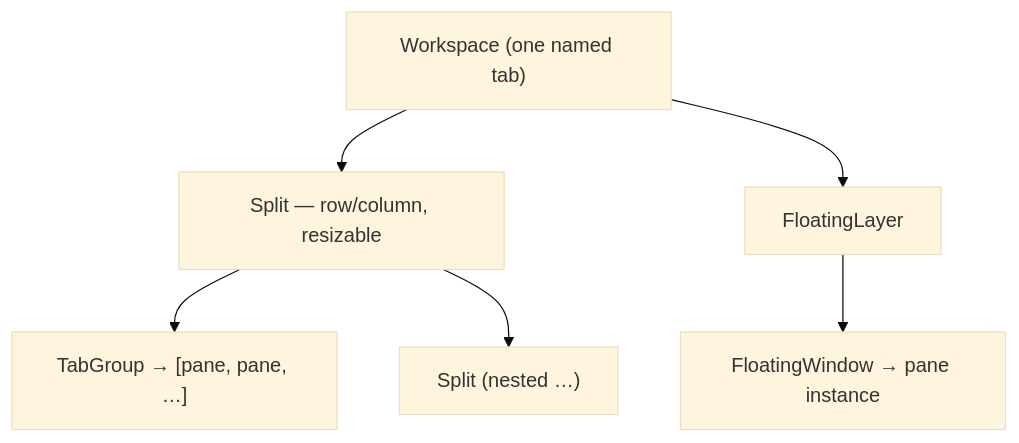
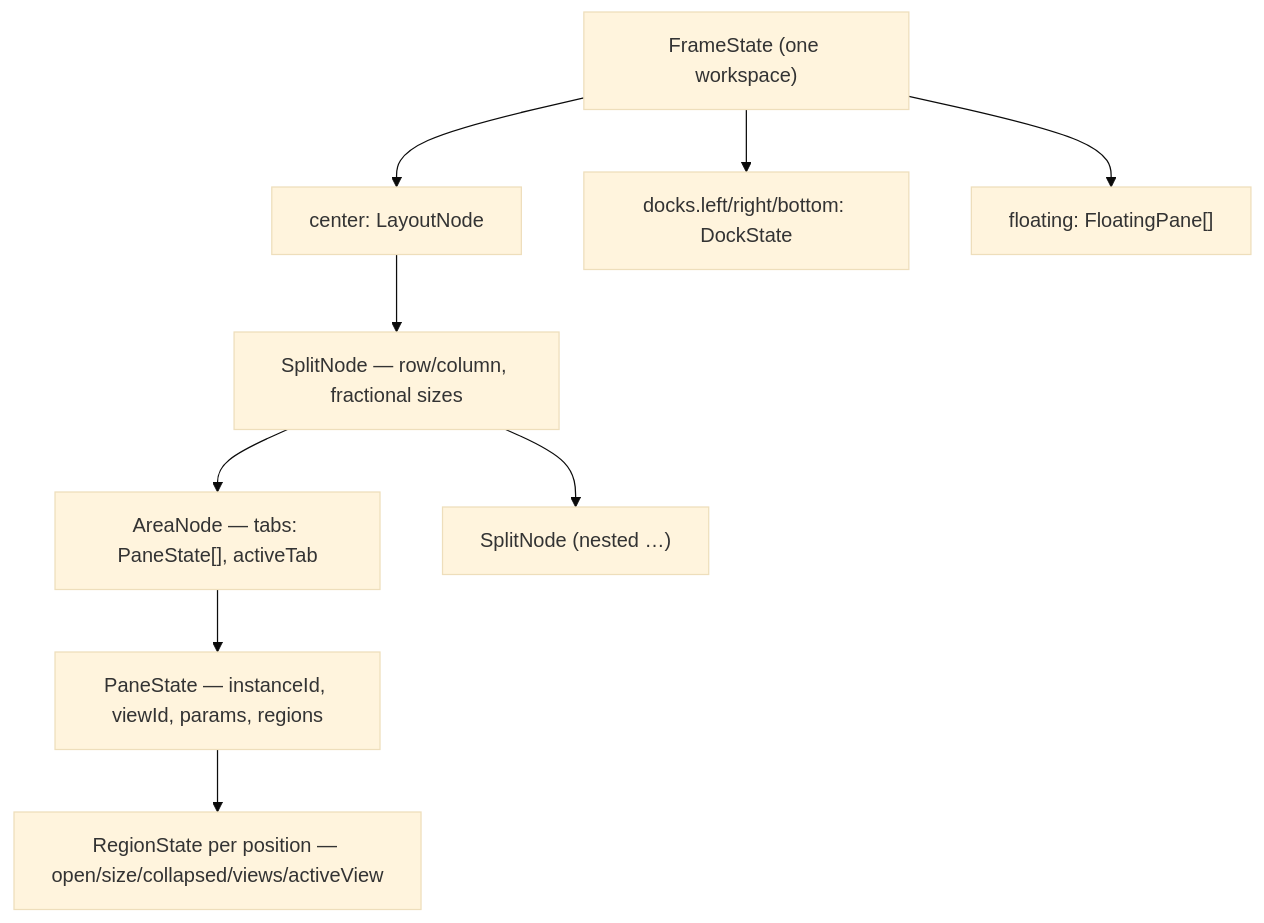
The diagram in docs/architecture/windowing.mdx (ConstCorrectness/horrible-dashboard), drawn with Mermaid (base theme) before and after one commit. The commit also changed other lines of this file and 107 other files, not shown here.

Commit message:
REWRITE of layout: - Custom Windowing Engine (Frame) - Zones/Roles (document, tool, widget) - vim/i3 keyboard splits/joins and mouse drag splits/joins - Agent/REPL (get_layout, split_area, join_area, toggle_region, open_tool_in_dock - SDK update: v0.4.0 (SDK_API_VERSION == 2)

````diff
--- a/docs/architecture/windowing.mdx
+++ b/docs/architecture/windowing.mdx
@@ -26,8 +55,11 @@
 ```mermaid
 flowchart TD
-    WS["Workspace (one named tab)"] --> Split["Split — row/column, resizable"]
-    WS --> Float["FloatingLayer"]
-    Split --> TG["TabGroup → [pane, pane, …]"]
-    Split --> Split2["Split (nested …)"]
-    Float --> FW["FloatingWindow → pane instance"]
+    F["FrameState (one workspace)"] --> C["center: LayoutNode"]
+    F --> DL["docks.left/right/bottom: DockState"]
+    F --> FL["floating: FloatingPane[]"]
+    C --> S["SplitNode — row/column, fractional sizes"]
+    S --> A["AreaNode — tabs: PaneState[], activeTab"]
+    S --> S2["SplitNode (nested …)"]
+    A --> P["PaneState — instanceId, viewId, params, regions"]
+    P --> R["RegionState per position — open/size/collapsed/views/activeView"]
 ```
````
